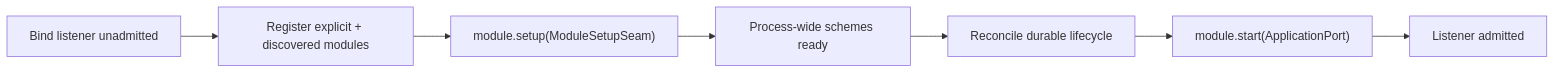
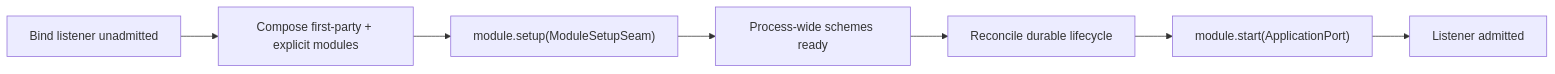
Before and after one commit to plurnk/plurnk-service: the seventh of 11 diagrams in plurnk-core/SPEC.md, drawn with Mermaid. The commit also changed other lines of this file and 44 other files, not shown here.

Commit message:
refactor(core): compose daemon modules statically and erase discovery (#1444)

````diff
--- a/plurnk-core/SPEC.md
+++ b/plurnk-core/SPEC.md
@@ -859,9 +859,9 @@
 ```mermaid
 flowchart LR
-    bind["Bind listener unadmitted"] --> register["Register explicit + discovered modules"]
+    bind["Bind listener unadmitted"] --> register["Compose first-party + explicit modules"]
     register --> setup["module.setup(ModuleSetupSeam)"]
     setup --> ready["Process-wide schemes ready"]
     ready --> recovery["Reconcile durable lifecycle"]
     recovery --> start["module.start(ApplicationPort)"]
     start --> admit["Listener admitted"]
 ```
````
